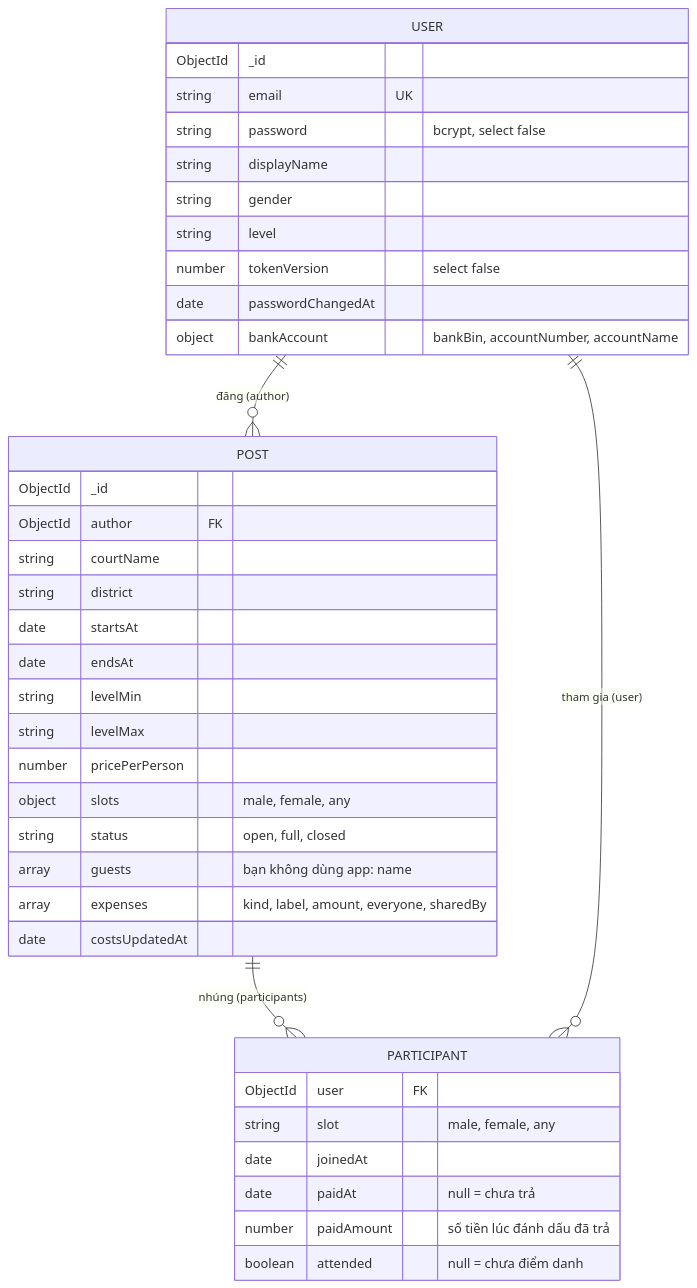
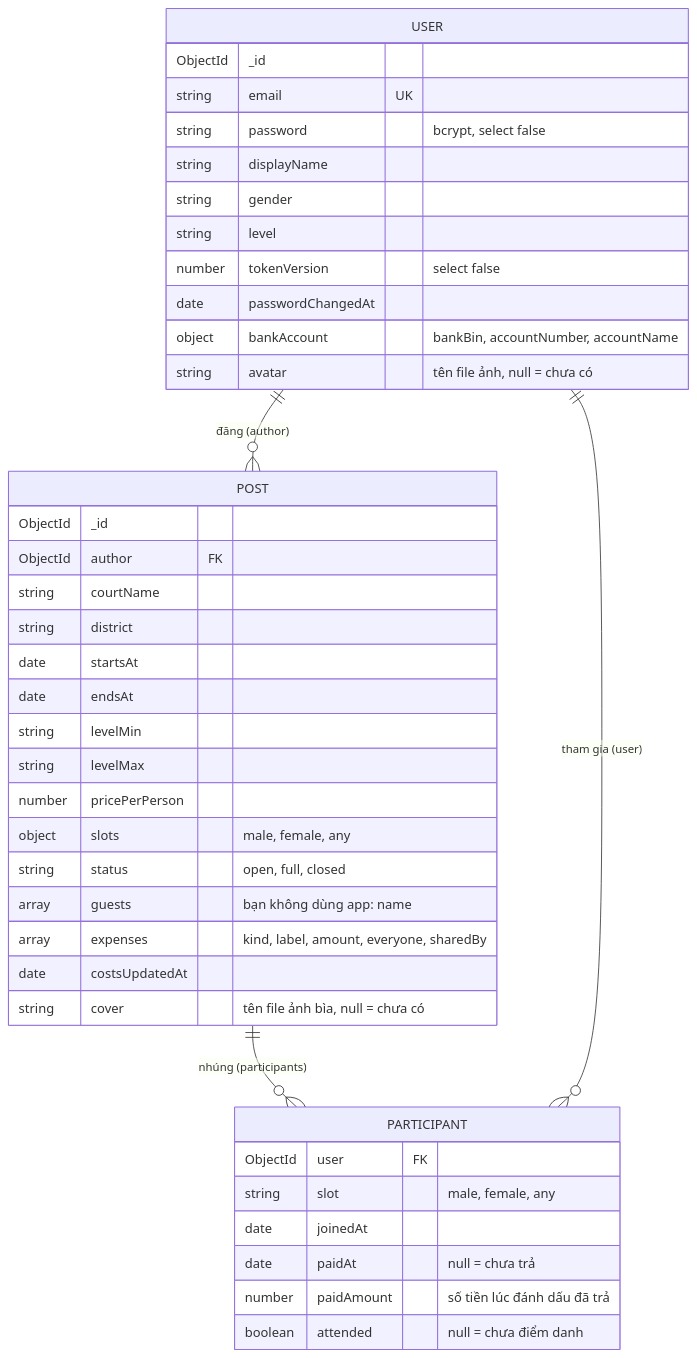
Before and after one commit to DucManh300905/Badminton-Matching: the diagram in docs/database.md, drawn with Mermaid. The commit also changed other lines of this file and 54 other files, not shown here.

````diff
--- a/docs/database.md
+++ b/docs/database.md
@@ -21,42 +21,44 @@
 ```mermaid
 erDiagram
     USER ||--o{ POST : "đăng (author)"
     POST ||--o{ PARTICIPANT : "nhúng (participants)"
     USER ||--o{ PARTICIPANT : "tham gia (user)"
 
     USER {
         ObjectId _id
         string email UK
         string password "bcrypt, select false"
         string displayName
         string gender
         string level
         number tokenVersion "select false"
         date passwordChangedAt
         object bankAccount "bankBin, accountNumber, accountName"
+        string avatar "tên file ảnh, null = chưa có"
     }
     POST {
         ObjectId _id
         ObjectId author FK
         string courtName
         string district
         date startsAt
         date endsAt
         string levelMin
         string levelMax
         number pricePerPerson
         object slots "male, female, any"
         string status "open, full, closed"
         array guests "bạn không dùng app: name"
         array expenses "kind, label, amount, everyone, sharedBy"
         date costsUpdatedAt
+        string cover "tên file ảnh bìa, null = chưa có"
     }
     PARTICIPANT {
         ObjectId user FK
         string slot "male, female, any"
         date joinedAt
         date paidAt "null = chưa trả"
         number paidAmount "số tiền lúc đánh dấu đã trả"
         boolean attended "null = chưa điểm danh"
     }
 ```
````
